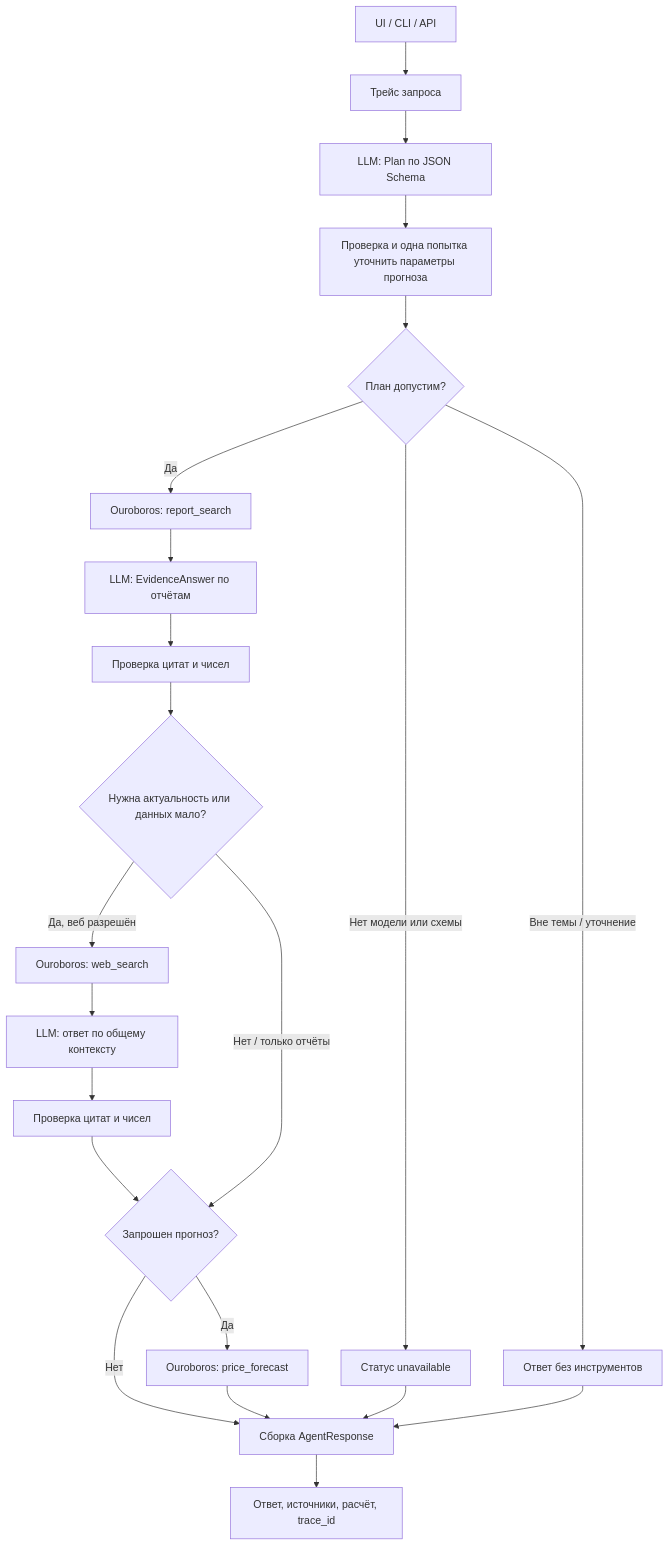
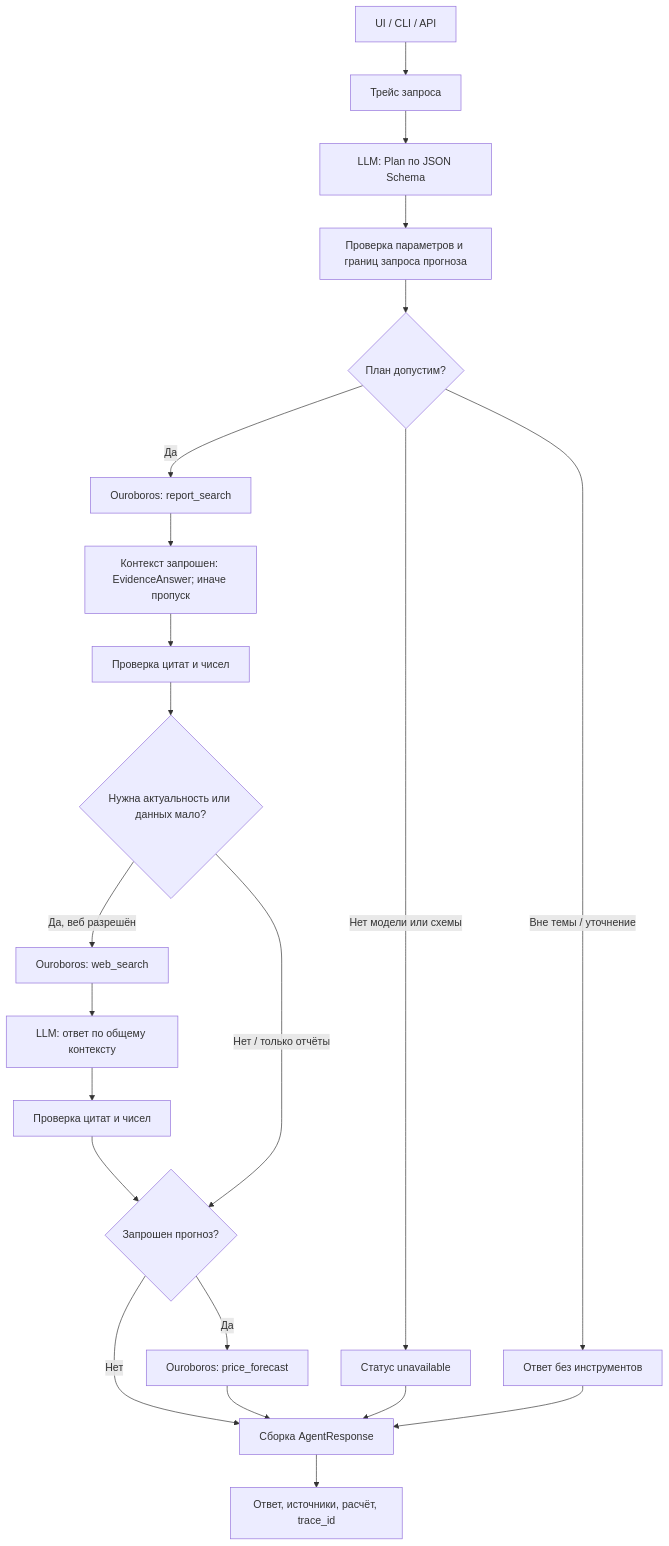
One commit to moomivee/ai_assistant changed the diagram in docs/Architecture.md. Above: the diagram before and after it, drawn with Mermaid. The commit also changed other lines of this file and 12 other files, not shown here.

````diff
--- a/docs/Architecture.md
+++ b/docs/Architecture.md
@@ -7,24 +7,24 @@
 ```mermaid
 flowchart TD
     A["UI / CLI / API"] --> B["Трейс запроса"]
     B --> C["LLM: Plan по JSON Schema"]
-    C --> Q["Проверка и одна попытка уточнить параметры прогноза"]
+    C --> Q["Проверка параметров и границ запроса прогноза"]
     Q --> D{"План допустим?"}
     D -->|"Нет модели или схемы"| X["Статус unavailable"]
     D -->|"Вне темы / уточнение"| Y["Ответ без инструментов"]
     D -->|"Да"| R["Ouroboros: report_search"]
-    R --> E["LLM: EvidenceAnswer по отчётам"]
+    R --> E["Контекст запрошен: EvidenceAnswer; иначе пропуск"]
     E --> F["Проверка цитат и чисел"]
     F --> G{"Нужна актуальность или данных мало?"}
     G -->|"Да, веб разрешён"| W["Ouroboros: web_search"]
     W --> S["LLM: ответ по общему контексту"]
     S --> V["Проверка цитат и чисел"]
     V --> P{"Запрошен прогноз?"}
     G -->|"Нет / только отчёты"| P
     P -->|"Да"| M["Ouroboros: price_forecast"]
     P -->|"Нет"| Z["Сборка AgentResponse"]
     M --> Z
     X --> Z
     Y --> Z
     Z --> O["Ответ, источники, расчёт, trace_id"]
 ```
````
